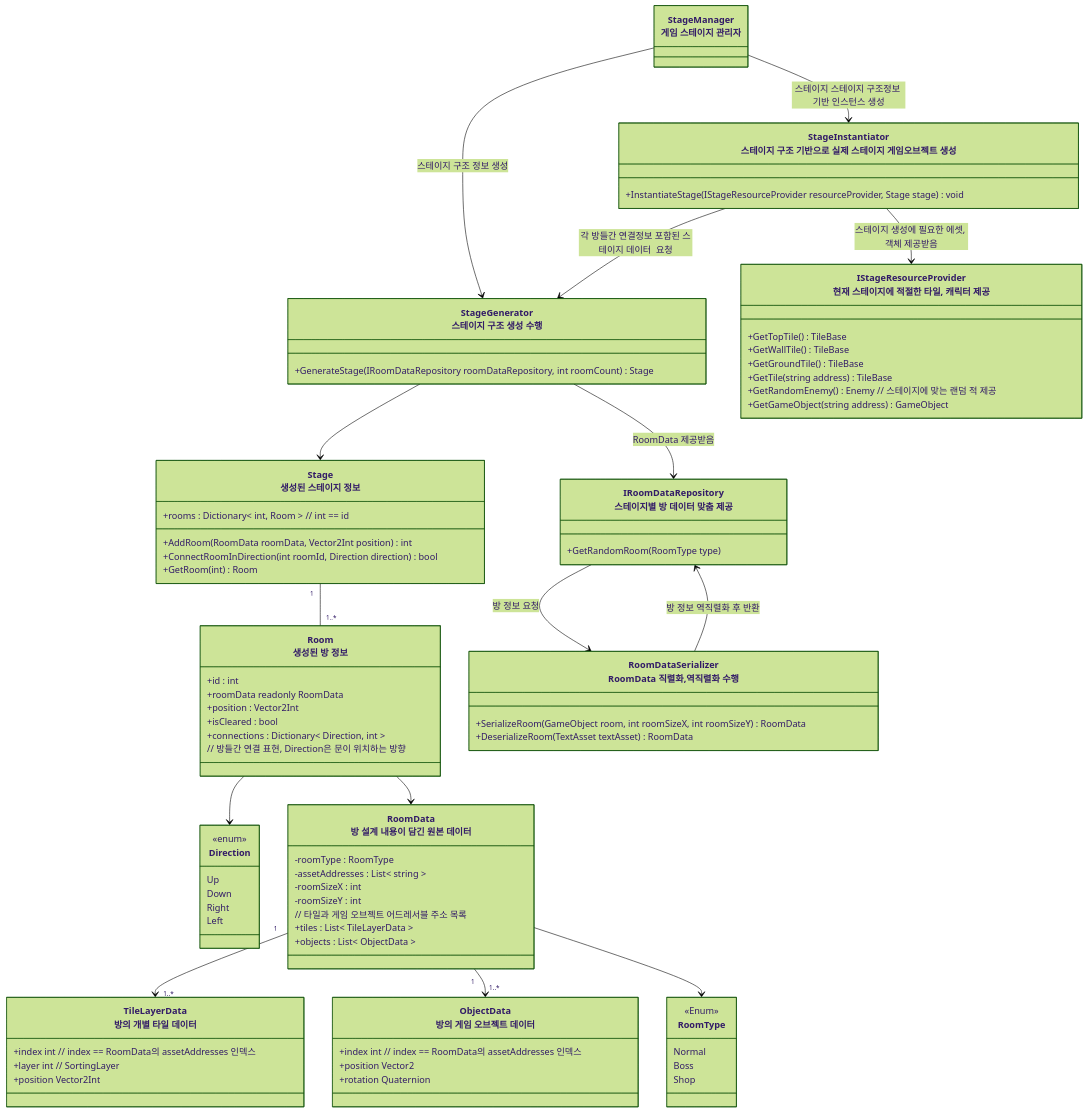
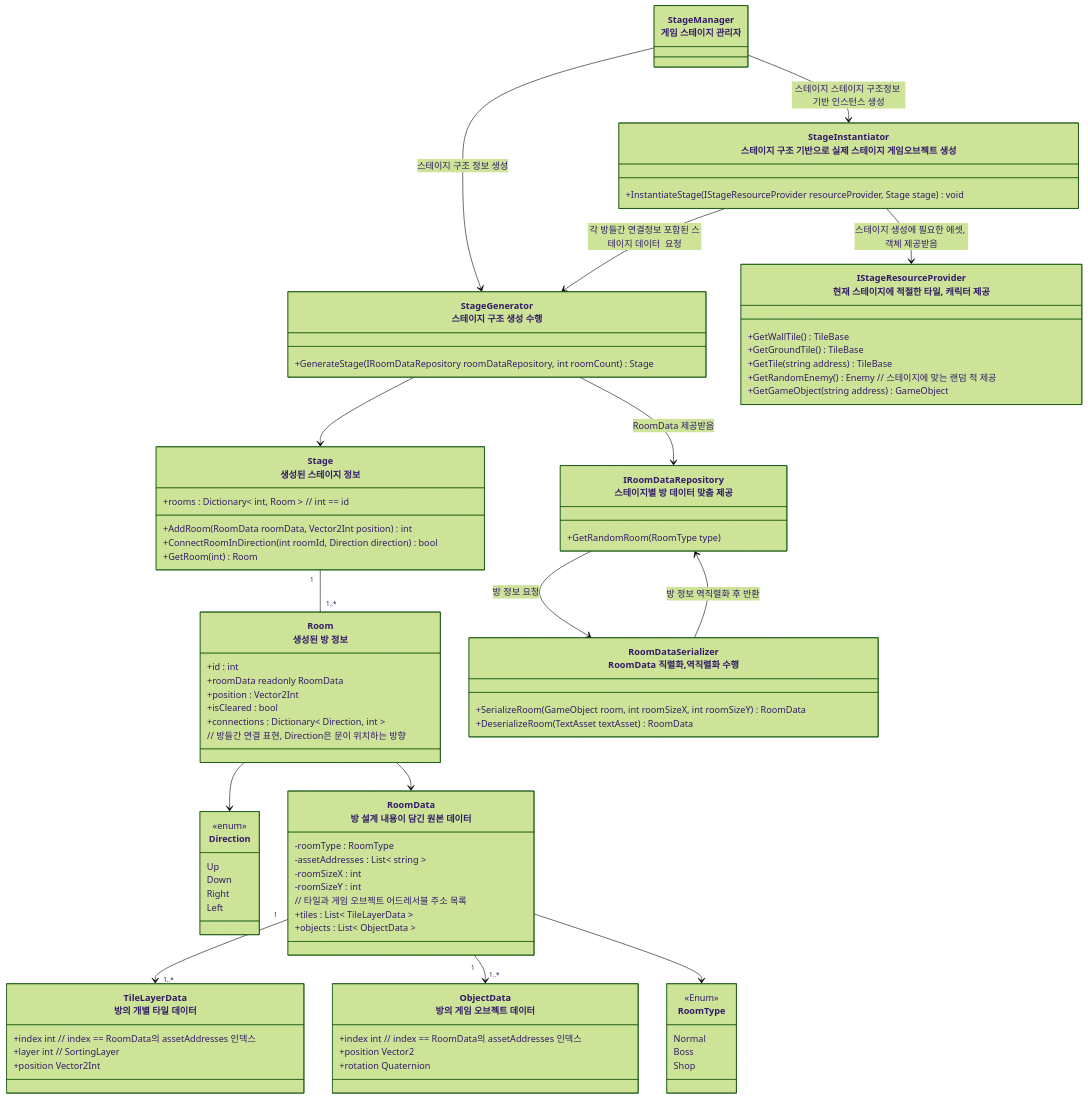
Before and after one commit to JIN5EOK/DungeonShooter: the first of 5 diagrams in Assets/_README/스테이지_설계.md, drawn with Mermaid (forest theme). The commit also changed other lines of this file and 12 other files, not shown here.

Commit message:
refactor: Base 타일 구조 변경(Top 타일의 개념 삭제)

```diff
--- a/Assets/_README/스테이지_설계.md
+++ b/Assets/_README/스테이지_설계.md
@@ -79,7 +79,6 @@
     }
     
     class IStageResourceProvider["IStageResourceProvider<br>현재 스테이지에 적절한  타일, 캐릭터 제공"]{
-        +GetTopTile() TileBase
         +GetWallTile() TileBase
         +GetGroundTile() TileBase
         +GetTile(string address) TileBase
```
